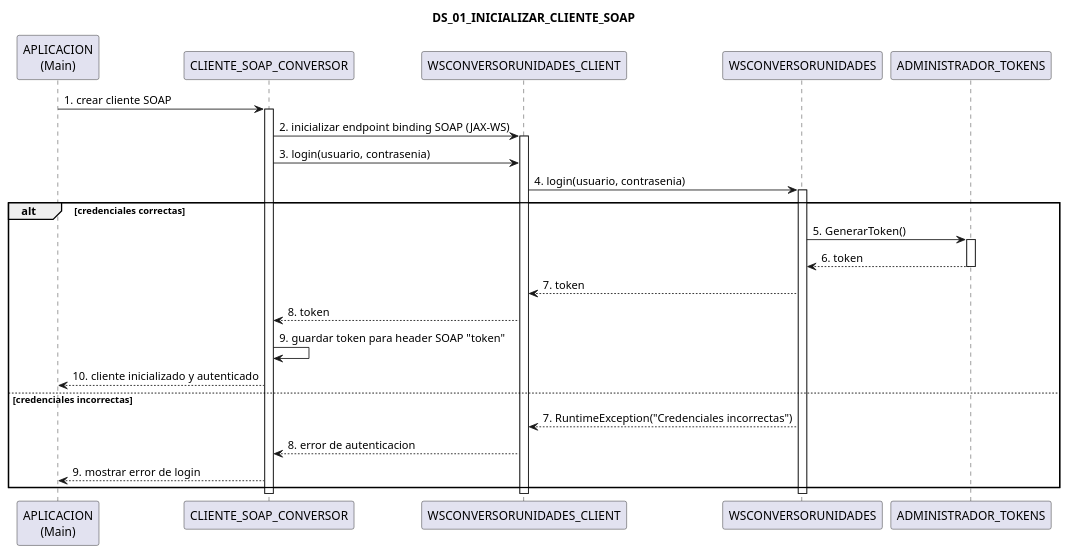
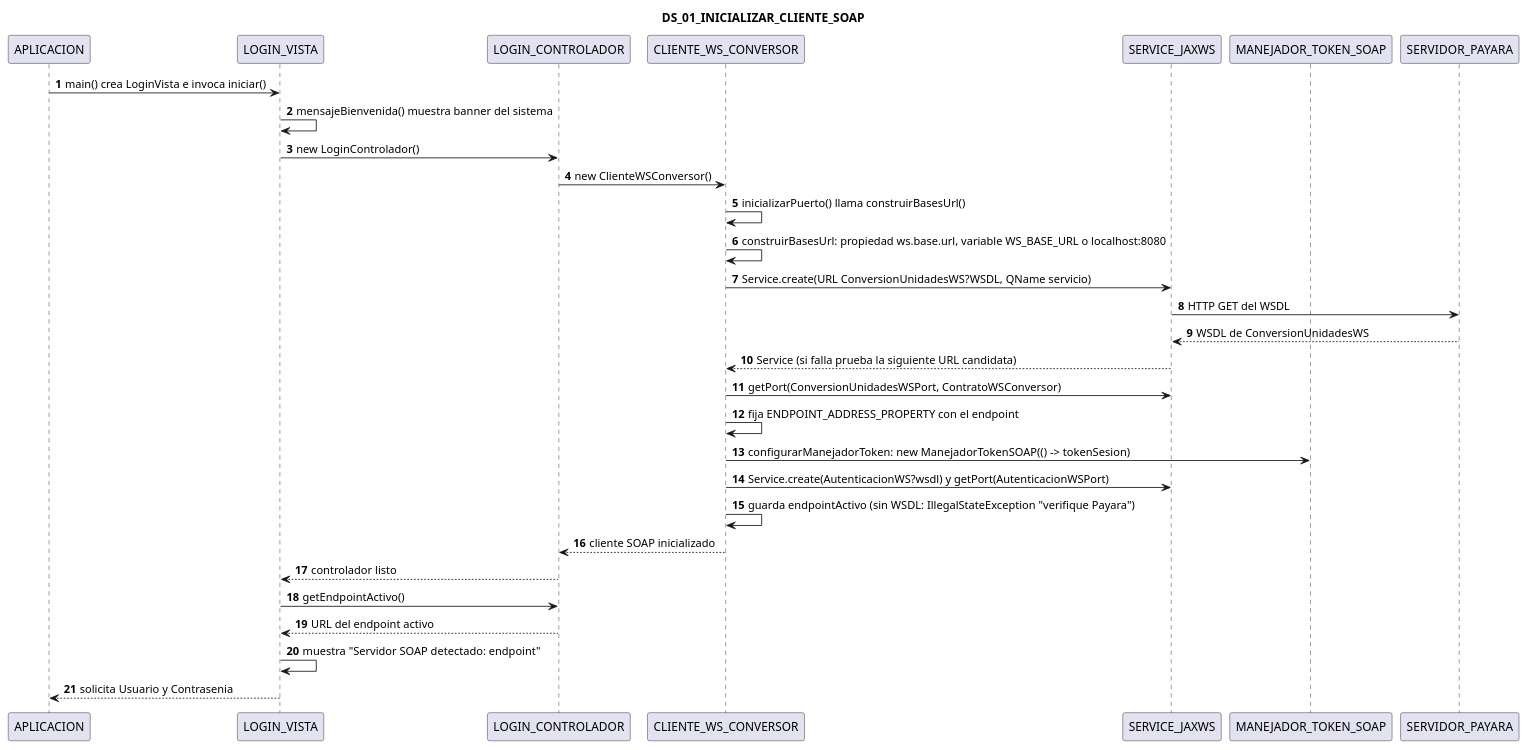
The diagram in TI.1.1. PAO202651_SOAP_JAVA_SINBDD_NRC36884_GR03/01. UML/03 DIAGRAMAS/03_SECUENCIA/DS_01_INICIALIZAR_CLIENTE_SOAP.puml (Teo344/Arquitectura_GRUPO03), drawn with PlantUML before and after one commit. The commit also changed other lines of this file and 104 other files, not shown here.

Commit message:
Modificacion y Mejora de los diagramas

```diff
--- a/TI.1.1. PAO202651_SOAP_JAVA_SINBDD_NRC36884_GR03/01. UML/03 DIAGRAMAS/03_SECUENCIA/DS_01_INICIALIZAR_CLIENTE_SOAP.puml
+++ b/TI.1.1. PAO202651_SOAP_JAVA_SINBDD_NRC36884_GR03/01. UML/03 DIAGRAMAS/03_SECUENCIA/DS_01_INICIALIZAR_CLIENTE_SOAP.puml
@@ -1,40 +1,35 @@
 @startuml
 title "DS_01_INICIALIZAR_CLIENTE_SOAP"
+autonumber
 
-participant "APLICACION\n(Main)" as Main
-participant "CLIENTE_SOAP_CONVERSOR" as ClienteSoap
-participant "WSCONVERSORUNIDADES_CLIENT" as ProxySoap
-participant "WSCONVERSORUNIDADES" as Servicio
-participant "ADMINISTRADOR_TOKENS" as Tokens
+participant "APLICACION" as APLICACION
+participant "LOGIN_VISTA" as LOGIN_VISTA
+participant "LOGIN_CONTROLADOR" as LOGIN_CONTROLADOR
+participant "CLIENTE_WS_CONVERSOR" as CLIENTE_WS_CONVERSOR
+participant "SERVICE_JAXWS" as SERVICE_JAXWS
+participant "MANEJADOR_TOKEN_SOAP" as MANEJADOR_TOKEN_SOAP
+participant "SERVIDOR_PAYARA" as SERVIDOR_PAYARA
 
-Main -> ClienteSoap: 1. crear cliente SOAP
-activate ClienteSoap
-
-ClienteSoap -> ProxySoap: 2. inicializar endpoint binding SOAP (JAX-WS)
-activate ProxySoap
-
-ClienteSoap -> ProxySoap: 3. login(usuario, contrasenia)
-ProxySoap -> Servicio: 4. login(usuario, contrasenia)
-activate Servicio
-
-alt credenciales correctas
-	Servicio -> Tokens: 5. GenerarToken()
-	activate Tokens
-	Tokens --> Servicio: 6. token
-	deactivate Tokens
-
-	Servicio --> ProxySoap: 7. token
-	ProxySoap --> ClienteSoap: 8. token
-	ClienteSoap -> ClienteSoap: 9. guardar token para header SOAP "token"
-	ClienteSoap --> Main: 10. cliente inicializado y autenticado
-else credenciales incorrectas
-	Servicio --> ProxySoap: 7. RuntimeException("Credenciales incorrectas")
-	ProxySoap --> ClienteSoap: 8. error de autenticacion
-	ClienteSoap --> Main: 9. mostrar error de login
-end
-
-deactivate Servicio
-deactivate ProxySoap
-deactivate ClienteSoap
+APLICACION -> LOGIN_VISTA: main() crea LoginVista e invoca iniciar()
+LOGIN_VISTA -> LOGIN_VISTA: mensajeBienvenida() muestra banner del sistema
+LOGIN_VISTA -> LOGIN_CONTROLADOR: new LoginControlador()
+LOGIN_CONTROLADOR -> CLIENTE_WS_CONVERSOR: new ClienteWSConversor()
+CLIENTE_WS_CONVERSOR -> CLIENTE_WS_CONVERSOR: inicializarPuerto() llama construirBasesUrl()
+CLIENTE_WS_CONVERSOR -> CLIENTE_WS_CONVERSOR: construirBasesUrl: propiedad ws.base.url, variable WS_BASE_URL o localhost:8080
+CLIENTE_WS_CONVERSOR -> SERVICE_JAXWS: Service.create(URL ConversionUnidadesWS?WSDL, QName servicio)
+SERVICE_JAXWS -> SERVIDOR_PAYARA: HTTP GET del WSDL
+SERVIDOR_PAYARA --> SERVICE_JAXWS: WSDL de ConversionUnidadesWS
+SERVICE_JAXWS --> CLIENTE_WS_CONVERSOR: Service (si falla prueba la siguiente URL candidata)
+CLIENTE_WS_CONVERSOR -> SERVICE_JAXWS: getPort(ConversionUnidadesWSPort, ContratoWSConversor)
+CLIENTE_WS_CONVERSOR -> CLIENTE_WS_CONVERSOR: fija ENDPOINT_ADDRESS_PROPERTY con el endpoint
+CLIENTE_WS_CONVERSOR -> MANEJADOR_TOKEN_SOAP: configurarManejadorToken: new ManejadorTokenSOAP(() -> tokenSesion)
+CLIENTE_WS_CONVERSOR -> SERVICE_JAXWS: Service.create(AutenticacionWS?wsdl) y getPort(AutenticacionWSPort)
+CLIENTE_WS_CONVERSOR -> CLIENTE_WS_CONVERSOR: guarda endpointActivo (sin WSDL: IllegalStateException "verifique Payara")
+CLIENTE_WS_CONVERSOR --> LOGIN_CONTROLADOR: cliente SOAP inicializado
+LOGIN_CONTROLADOR --> LOGIN_VISTA: controlador listo
+LOGIN_VISTA -> LOGIN_CONTROLADOR: getEndpointActivo()
+LOGIN_CONTROLADOR --> LOGIN_VISTA: URL del endpoint activo
+LOGIN_VISTA -> LOGIN_VISTA: muestra "Servidor SOAP detectado: endpoint"
+LOGIN_VISTA --> APLICACION: solicita Usuario y Contrasenia
 
 @enduml
```
